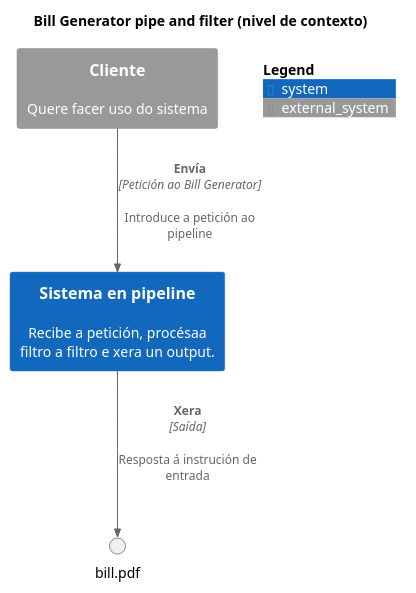
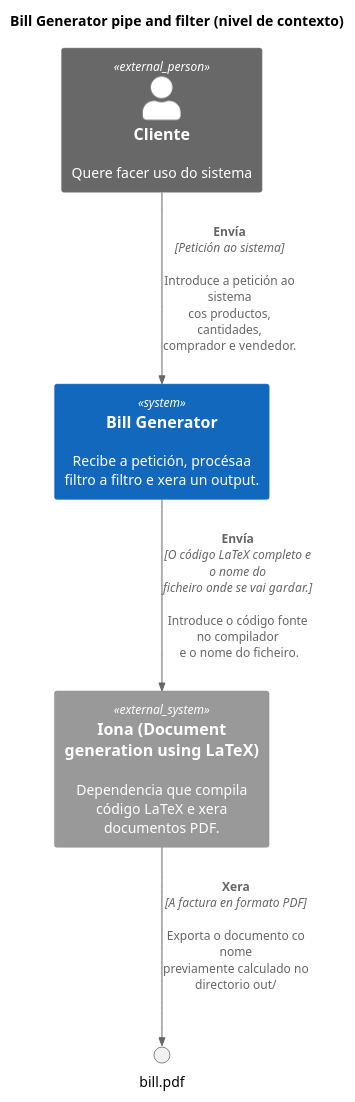
One commit to alejandrobujan/simple_bill_generator changed the diagram in doc/contexto.pu. Above: the diagram before and after it, drawn with PlantUML. The commit also changed 11 other files, not shown here.

Commit message:
Code refactoring. Three first diagrams added.

```diff
--- a/doc/contexto.pu
+++ b/doc/contexto.pu
@@ -1,13 +1,15 @@
 @startuml Bill Generator pipe and filter
 title Bill Generator pipe and filter (nivel de contexto)
-!include https://raw.githubusercontent.com/plantuml-stdlib/C4-PlantUML/master/C4_Component.puml
+!include https://raw.githubusercontent.com/plantuml-stdlib/C4-PlantUML/master/C4_Context.puml
 
-System_Ext(client, "Cliente", "Quere facer uso do sistema")
-System(pipeline_system, "Sistema en pipeline", "Recibe a petición, procésaa filtro a filtro e xera un output.")
+Person_Ext(client, "Cliente", "Quere facer uso do sistema")
+System(pipeline_system, "Bill Generator", "Recibe a petición, procésaa filtro a filtro e xera un output.")
+System_Ext(external_libraries, "Iona (Document generation using LaTeX)", "Dependencia que compila código LaTeX e xera documentos PDF.")
 
-Rel(client, pipeline_system, "Envía", "Petición ao Bill Generator", "Introduce a petición ao pipeline")
-Rel(pipeline_system, bill.pdf, "Xera", "Saída", "Resposta á instrución de entrada")
+Rel(client, pipeline_system, "Envía", "Petición ao sistema", "Introduce a petición ao sistema cos productos, cantidades, comprador e vendedor.")
+Rel(pipeline_system, external_libraries, "Envía", "O código LaTeX completo e o nome do ficheiro onde se vai gardar.", "Introduce o código fonte no compilador\n e o nome do ficheiro.")
+Rel(external_libraries, bill.pdf, "Xera", "A factura en formato PDF", "Exporta o documento co nome previamente calculado no directorio out/")
 
-SHOW_FLOATING_LEGEND()
+
 
 @enduml
```
